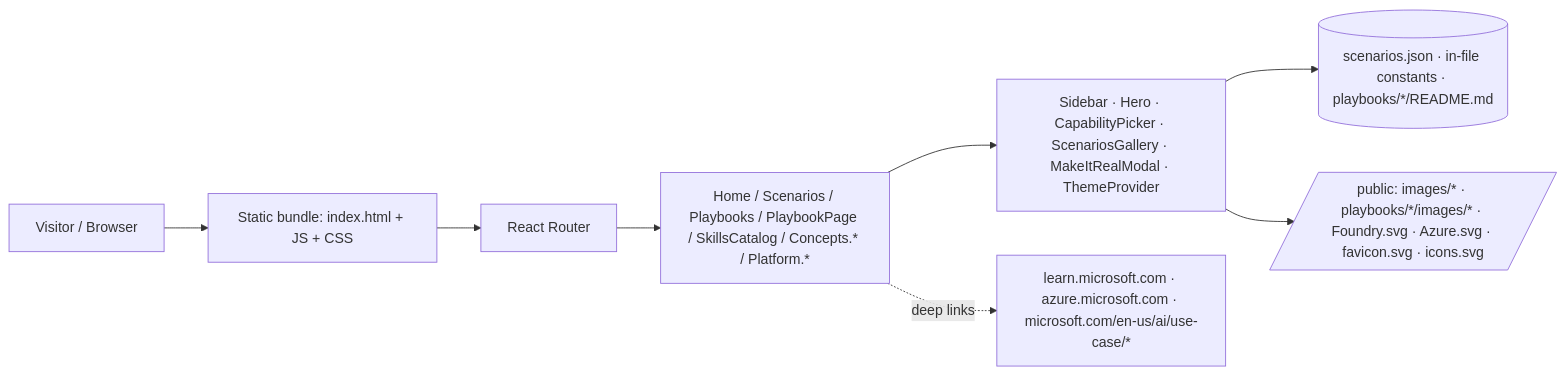
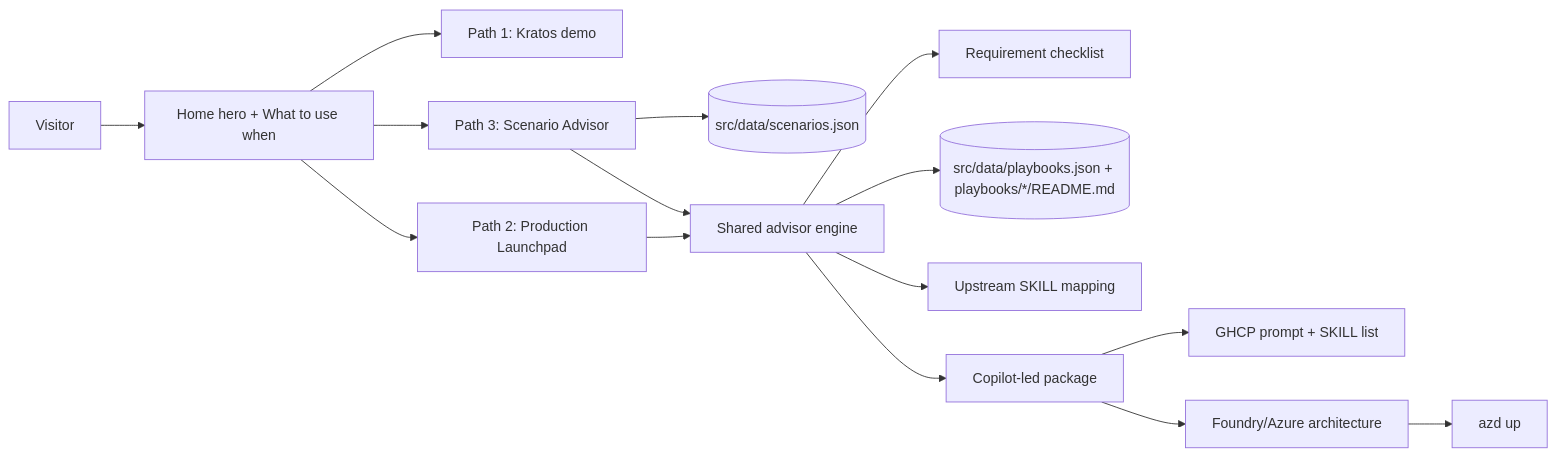
The diagram in docs/spec.md (aiappsgbb/agentic-loop), drawn with Mermaid before and after one commit. The commit also changed other lines of this file and 20 other files, not shown here.

````diff
--- a/docs/spec.md
+++ b/docs/spec.md
@@ -86,10 +219,17 @@
 ```mermaid
 flowchart LR
-  User[Visitor / Browser] --> Vite[Static bundle: index.html + JS + CSS]
-  Vite --> Router[React Router]
-  Router --> Pages[Home / Scenarios / Playbooks / PlaybookPage / SkillsCatalog / Concepts.* / Platform.*]
-  Pages --> Components[Sidebar · Hero · CapabilityPicker · ScenariosGallery · MakeItRealModal · ThemeProvider]
-  Components --> Data[(scenarios.json · in-file constants · playbooks/*/README.md)]
-  Components --> Assets[/public: images/* · playbooks/*/images/* · Foundry.svg · Azure.svg · favicon.svg · icons.svg/]
-  Pages -.deep links.-> ExternalDocs[learn.microsoft.com · azure.microsoft.com · microsoft.com/en-us/ai/use-case/*]
+  User[Visitor] --> Home[Home hero + What to use when]
+  Home --> Kratos[Path 1: Kratos demo]
+  Home --> Idea[Path 2: Production Launchpad]
+  Home --> Scenarios[Path 3: Scenario Advisor]
+  Scenarios --> ScenarioData[(src/data/scenarios.json)]
+  Idea --> Advisor[Shared advisor engine]
+  Scenarios --> Advisor
+  Advisor --> Requirements[Requirement checklist]
+  Advisor --> Playbooks[(src/data/playbooks.json + playbooks/*/README.md)]
+  Advisor --> SkillMap[Upstream SKILL mapping]
+  Advisor --> Package[Copilot-led package]
+  Package --> Copilot[GHCP prompt + SKILL list]
+  Package --> Run[Foundry/Azure architecture]
+  Run --> Azd[azd up]
 ```
````
